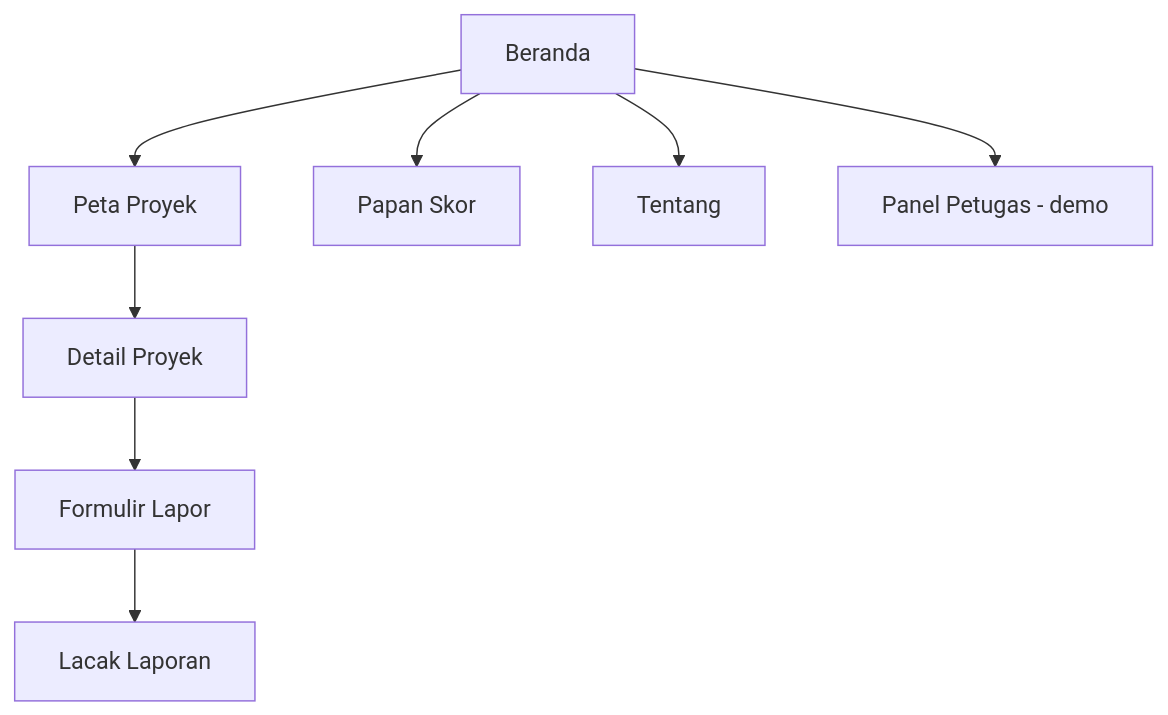
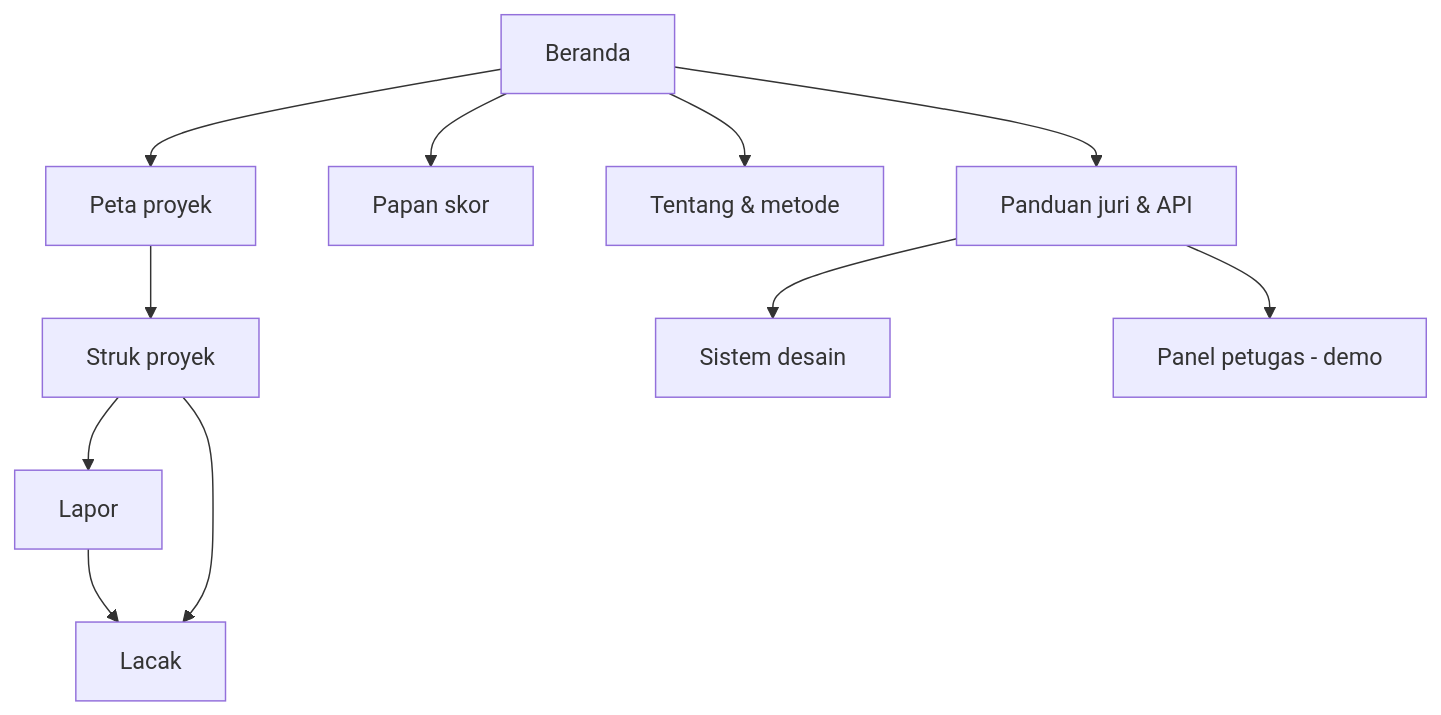
The second of 2 diagrams in README.md (dimazazriel/Tally), drawn with Mermaid before and after one commit. The commit also changed other lines of this file and 49 other files, not shown here.

First line of the commit message:
feat(database): add Supabase schema for Tally project with tables, security policies, and initial data

````diff
--- a/README.md
+++ b/README.md
@@ -22,7 +82,10 @@
 ```mermaid
 flowchart TD
-  B[Beranda] --> P[Peta Proyek] --> D[Detail Proyek] --> F[Formulir Lapor] --> L[Lacak Laporan]
-  B --> S[Papan Skor]
-  B --> T[Tentang]
-  B --> G[Panel Petugas - demo]
+  B[Beranda] --> P[Peta proyek] --> D[Struk proyek] --> L[Lapor] --> K[Lacak]
+  D --> K
+  B --> S[Papan skor]
+  B --> T[Tentang & metode]
+  B --> G[Panduan juri & API]
+  G --> Y[Sistem desain]
+  G --> X[Panel petugas - demo]
 ```
````
